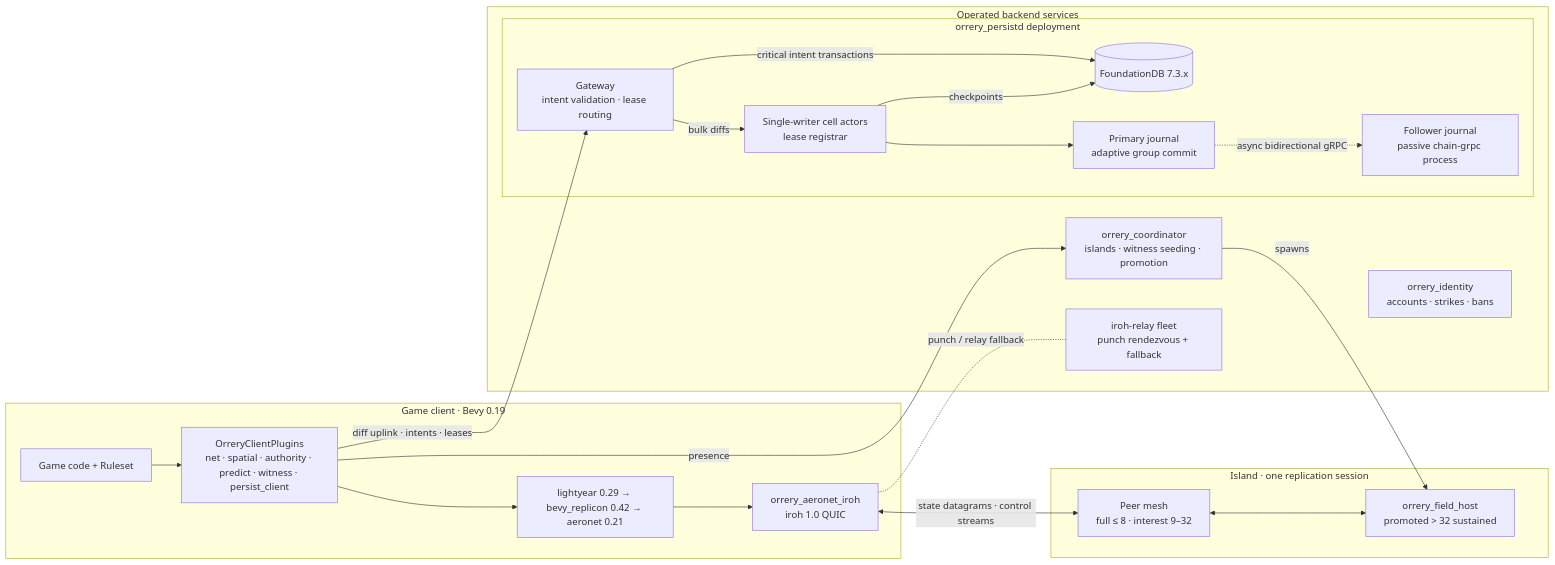
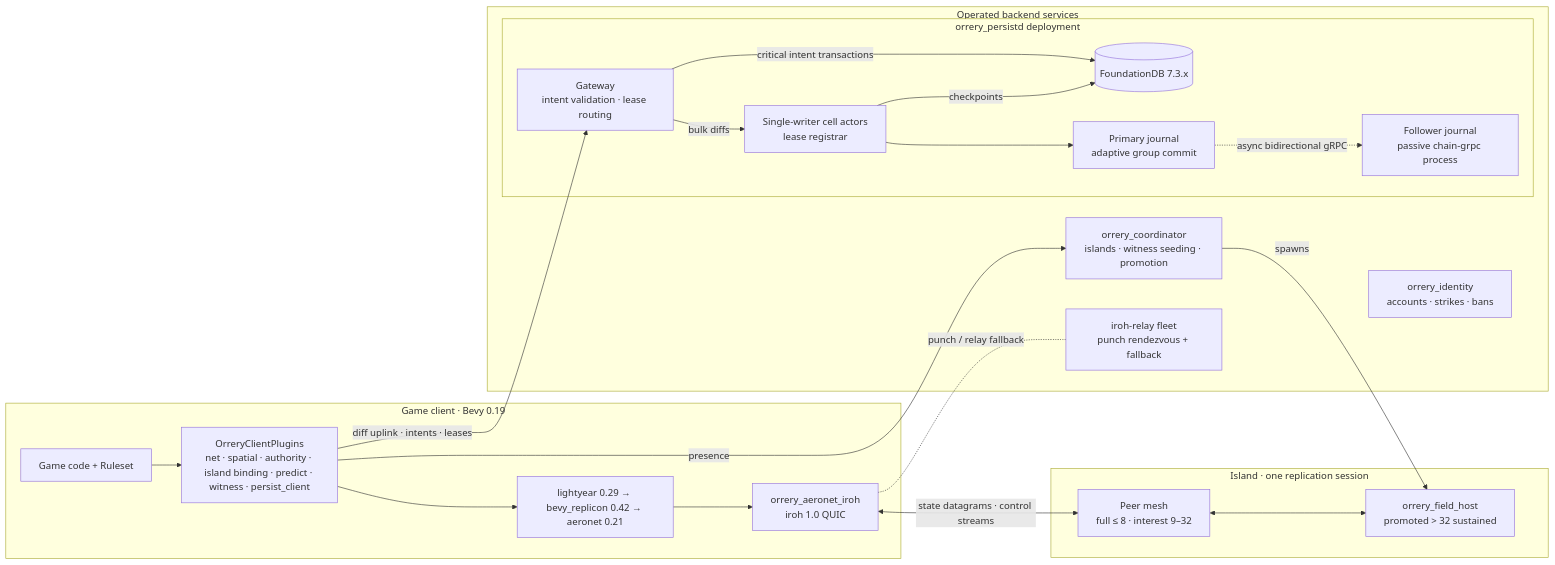
Before and after one commit to baadc0de/orrery: the diagram in README.md, drawn with Mermaid. The commit also changed other lines of this file, not shown here.

````diff
--- a/README.md
+++ b/README.md
@@ -26,40 +26,40 @@
 ```mermaid
 graph LR
     subgraph client["Game client · Bevy 0.19"]
         game["Game code + Ruleset"]
-        plugins["OrreryClientPlugins<br/>net · spatial · authority · predict · witness · persist_client"]
+        plugins["OrreryClientPlugins<br/>net · spatial · authority · island binding · predict · witness · persist_client"]
         stack["lightyear 0.29 → bevy_replicon 0.42 → aeronet 0.21"]
         io["orrery_aeronet_iroh<br/>iroh 1.0 QUIC"]
         game --> plugins --> stack --> io
     end
 
     subgraph island["Island · one replication session"]
         peers["Peer mesh<br/>full ≤ 8 · interest 9–32"]
         fieldhost["orrery_field_host<br/>promoted &gt; 32 sustained"]
         peers <--> fieldhost
     end
 
     subgraph backend["Operated backend services"]
         relays["iroh-relay fleet<br/>punch rendezvous + fallback"]
         coord["orrery_coordinator<br/>islands · witness seeding · promotion"]
         identity["orrery_identity<br/>accounts · strikes · bans"]
         subgraph persistd["orrery_persistd deployment"]
             gateway["Gateway<br/>intent validation · lease routing"]
             actors["Single-writer cell actors<br/>lease registrar"]
             journal["Primary journal<br/>adaptive group commit"]
             mirror["Follower journal<br/>passive chain-grpc process"]
             fdb[("FoundationDB 7.3.x")]
             gateway -->|"bulk diffs"| actors
             actors --> journal
             journal -.->|"async bidirectional gRPC"| mirror
             actors -->|"checkpoints"| fdb
             gateway -->|"critical intent transactions"| fdb
         end
     end
 
     io <-->|"state datagrams · control streams"| peers
     io -.-|"punch / relay fallback"| relays
     plugins -->|"presence"| coord
     plugins -->|"diff uplink · intents · leases"| gateway
     coord -->|"spawns"| fieldhost
 ```
````
